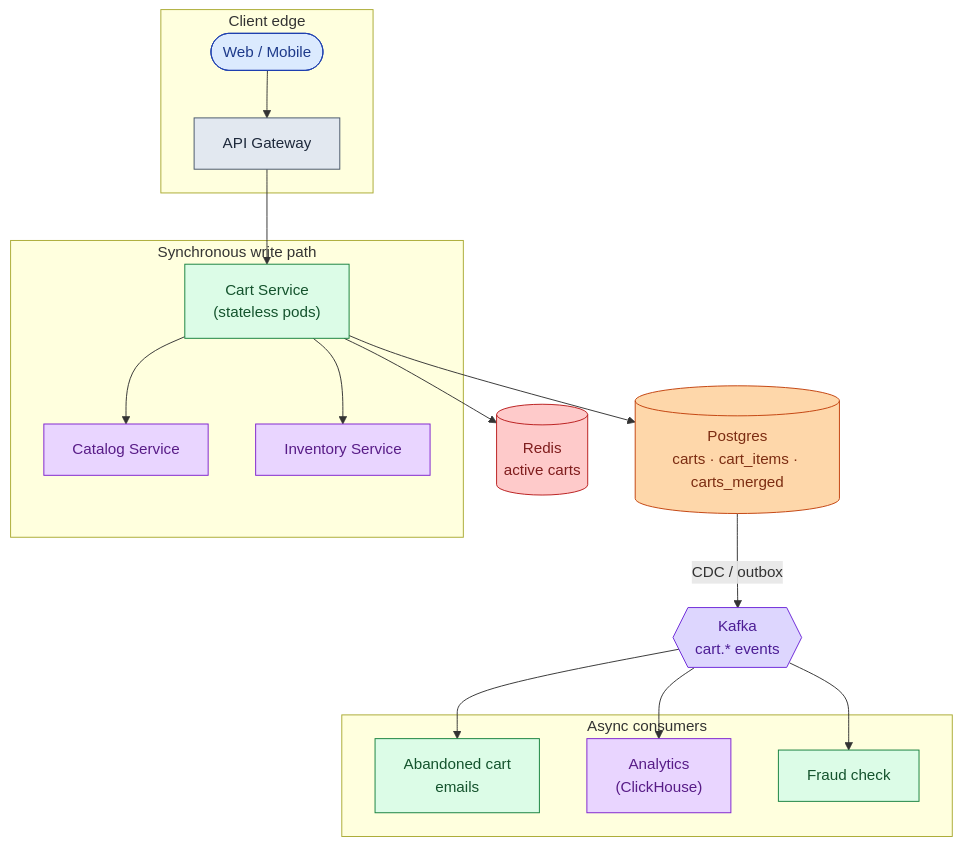
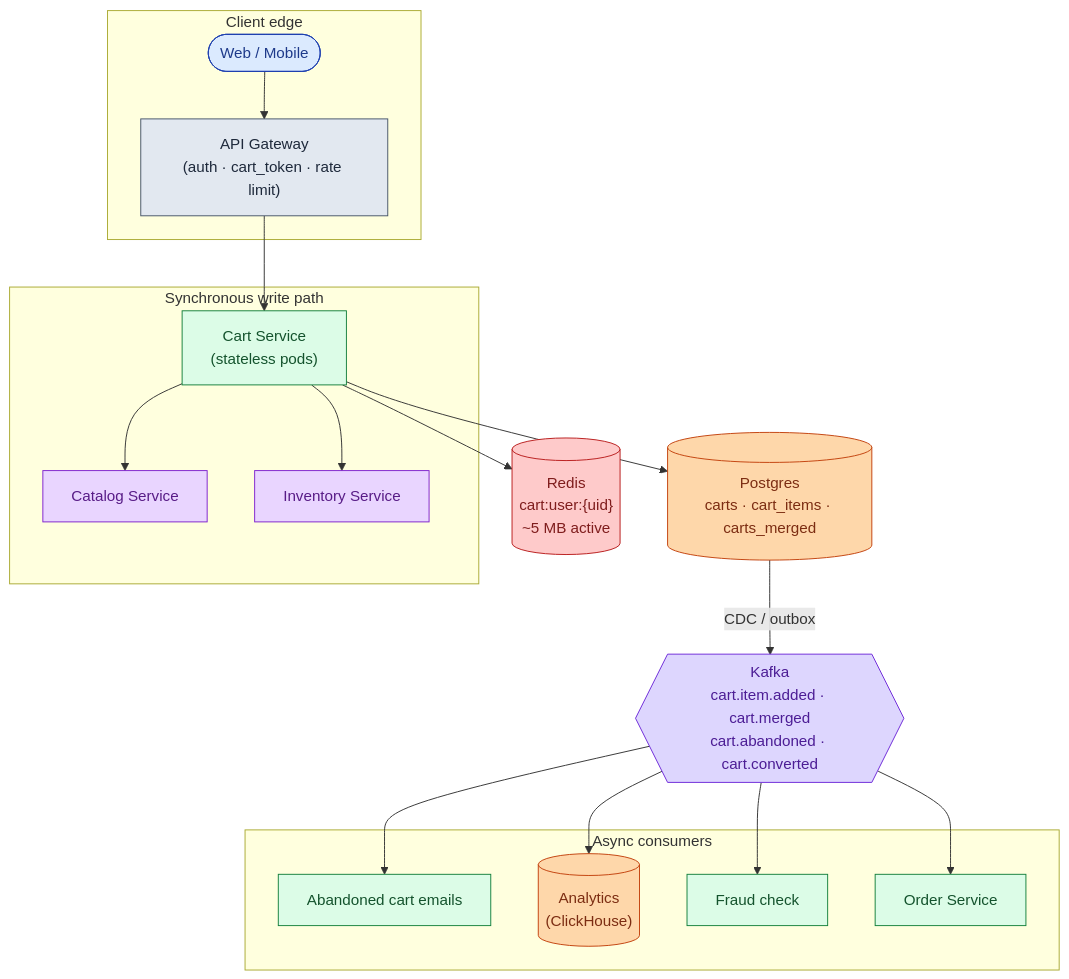
Before and after one commit to shiningflash/system-design: the eighth of 11 diagrams in problems/012-shopping-cart/question.md, drawn with Mermaid. The commit also changed other lines of this file and 37 other files, not shown here.

````diff
--- a/problems/012-shopping-cart/question.md
+++ b/problems/012-shopping-cart/question.md
@@ -343,42 +399,45 @@
 ```mermaid
 flowchart TB
     subgraph Edge["Client edge"]
         C([Web / Mobile]):::user
-        GW["API Gateway"]:::edge
+        GW["API Gateway<br/>(auth · cart_token · rate limit)"]:::edge
     end
 
     subgraph WritePath["Synchronous write path"]
         CS["Cart Service<br/>(stateless pods)"]:::app
         Cat["Catalog Service"]:::ext
         Inv["Inventory Service"]:::ext
     end
 
     DB[("Postgres<br/>carts · cart_items · carts_merged")]:::db
-    R[("Redis<br/>active carts")]:::cache
-    K{{"Kafka<br/>cart.* events"}}:::queue
+    R[("Redis<br/>cart:user:{uid}<br/>~5 MB active")]:::cache
+
+    K{{"Kafka<br/>cart.item.added · cart.merged<br/>cart.abandoned · cart.converted"}}:::queue
 
     subgraph Consumers["Async consumers"]
-        AB["Abandoned cart<br/>emails"]:::app
-        AN["Analytics<br/>(ClickHouse)"]:::ext
+        AB["Abandoned cart emails"]:::app
+        AN[("Analytics<br/>(ClickHouse)")]:::db
         FR["Fraud check"]:::app
+        ORD["Order Service"]:::app
     end
 
     C --> GW
     GW --> CS
     CS --> Cat
     CS --> Inv
     CS --> R
     CS --> DB
     DB -->|CDC / outbox| K
     K --> AB
     K --> AN
     K --> FR
+    K --> ORD
 
     classDef user fill:#dbeafe,stroke:#1e40af,color:#1e3a8a
     classDef edge fill:#e2e8f0,stroke:#475569,color:#1e293b
     classDef app fill:#dcfce7,stroke:#15803d,color:#14532d
     classDef db fill:#fed7aa,stroke:#c2410c,color:#7c2d12
     classDef cache fill:#fecaca,stroke:#b91c1c,color:#7f1d1d
     classDef queue fill:#ddd6fe,stroke:#6d28d9,color:#4c1d95
     classDef ext fill:#e9d5ff,stroke:#7e22ce,color:#581c87
 ```
````
